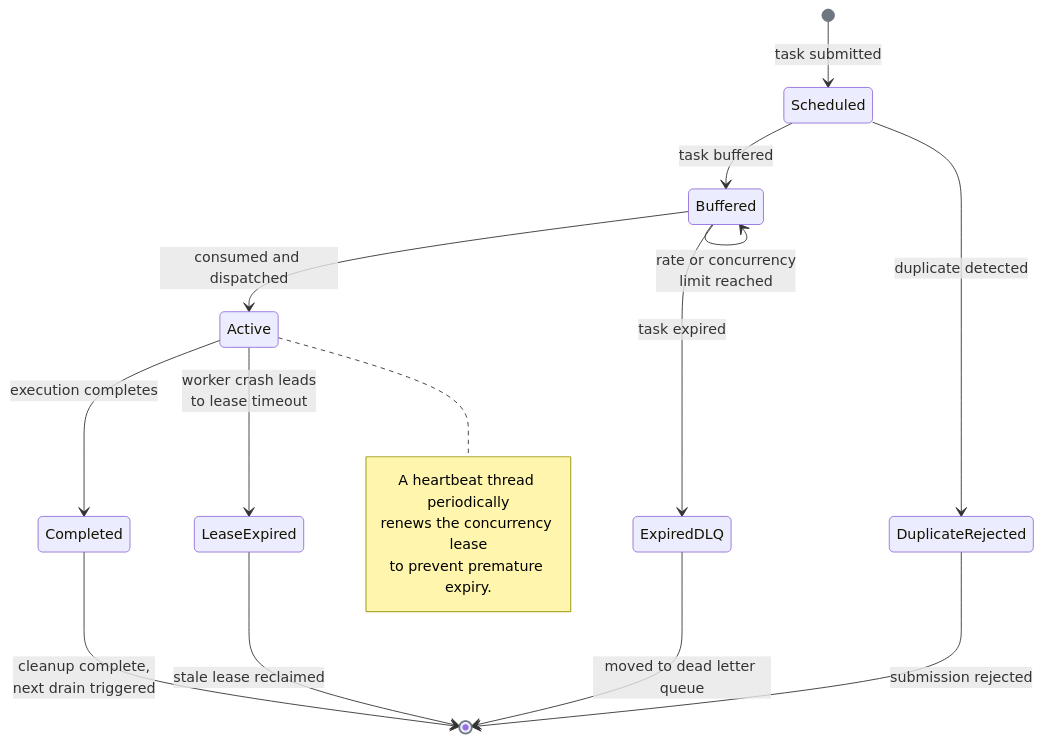
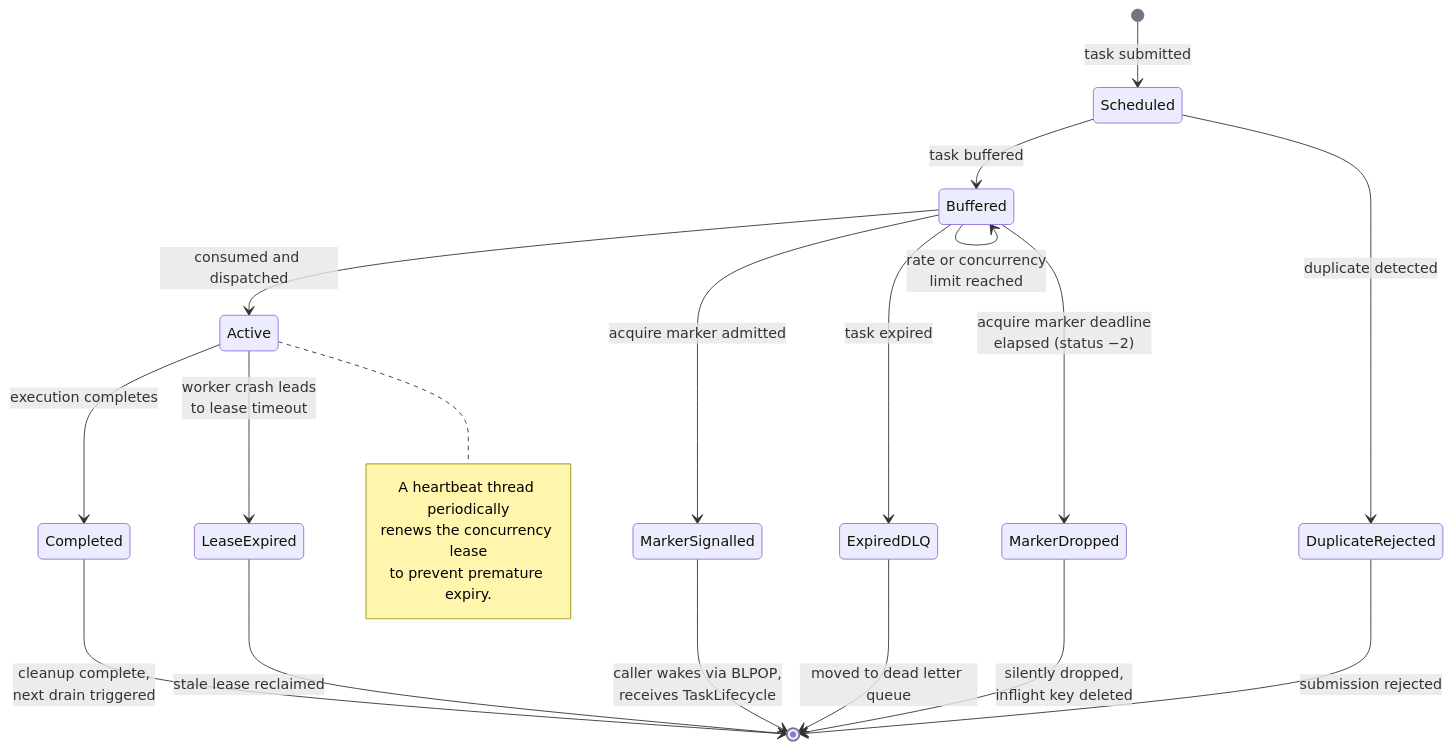
Before and after one commit to melroy999/redis-rate-limiter: the diagram in docs/architecture/task-states.md, drawn with Mermaid. The commit also changed other lines of this file and 17 other files, not shown here.

````diff
--- a/docs/architecture/task-states.md
+++ b/docs/architecture/task-states.md
@@ -9,29 +9,34 @@
 ```mermaid
 %%{init: {"theme": "default", "themeVariables": {"lineColor": "#6e7781"}}}%%
 stateDiagram-v2
     [*] --> Scheduled : task submitted
 
     Scheduled --> Buffered : task buffered
     Scheduled --> DuplicateRejected : duplicate detected
 
     DuplicateRejected --> [*] : submission rejected
 
     Buffered --> Active : consumed and dispatched
+    Buffered --> MarkerSignalled : acquire marker admitted
     Buffered --> ExpiredDLQ : task expired
+    Buffered --> MarkerDropped : acquire marker deadline<br>elapsed (status −2)
     Buffered --> Buffered : rate or concurrency<br>limit reached
+
+    MarkerSignalled --> [*] : caller wakes via BLPOP,<br>receives TaskLifecycle
+    MarkerDropped --> [*] : silently dropped,<br>inflight key deleted
 
     ExpiredDLQ --> [*] : moved to dead letter queue
 
     Active --> Completed : execution completes
     Active --> LeaseExpired : worker crash leads<br>to lease timeout
 
     Completed --> [*] : cleanup complete,<br>next drain triggered
 
     LeaseExpired --> [*] : stale lease reclaimed
 
     note right of Active
         A heartbeat thread periodically
         renews the concurrency lease
         to prevent premature expiry.
     end note
 ```
````
